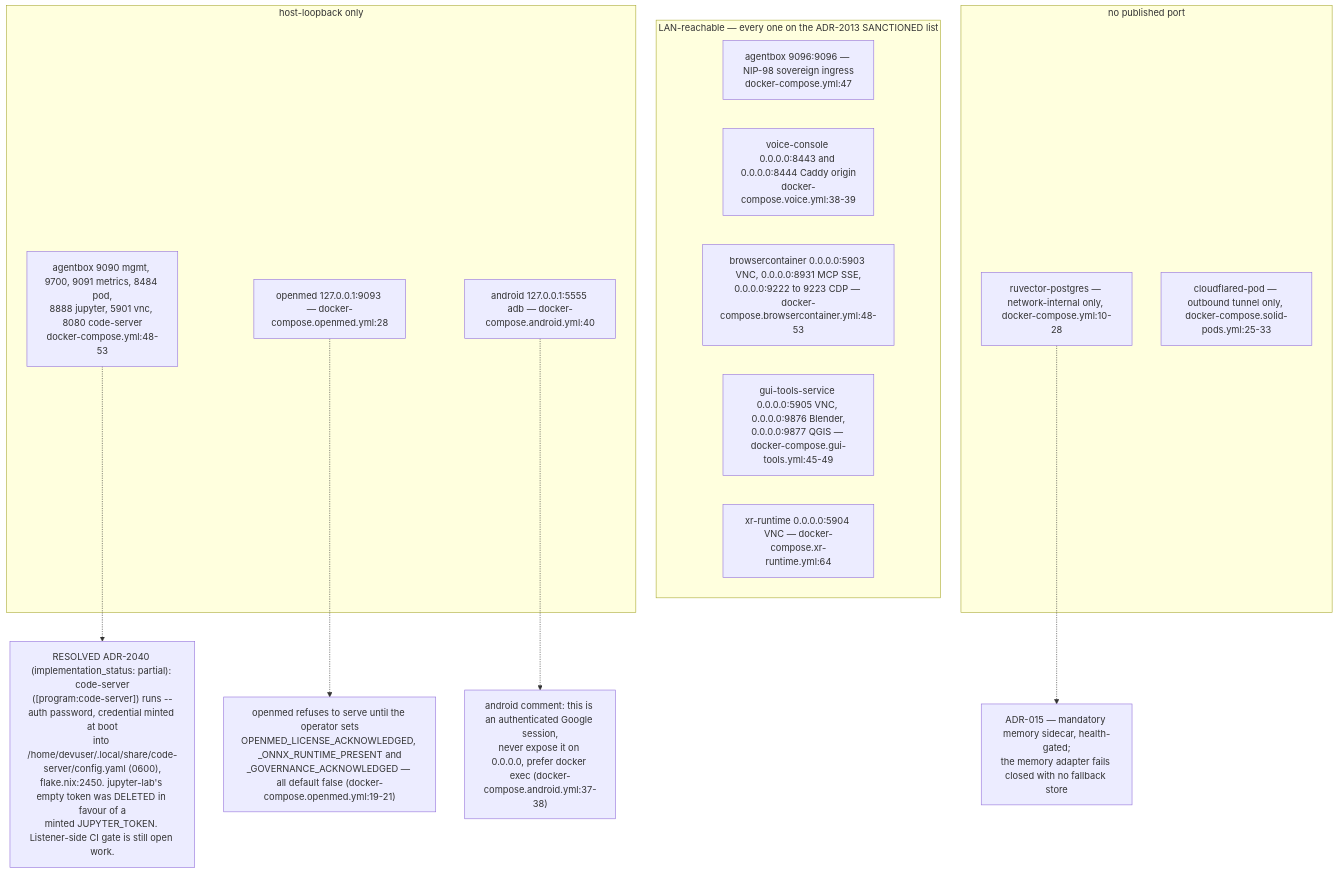
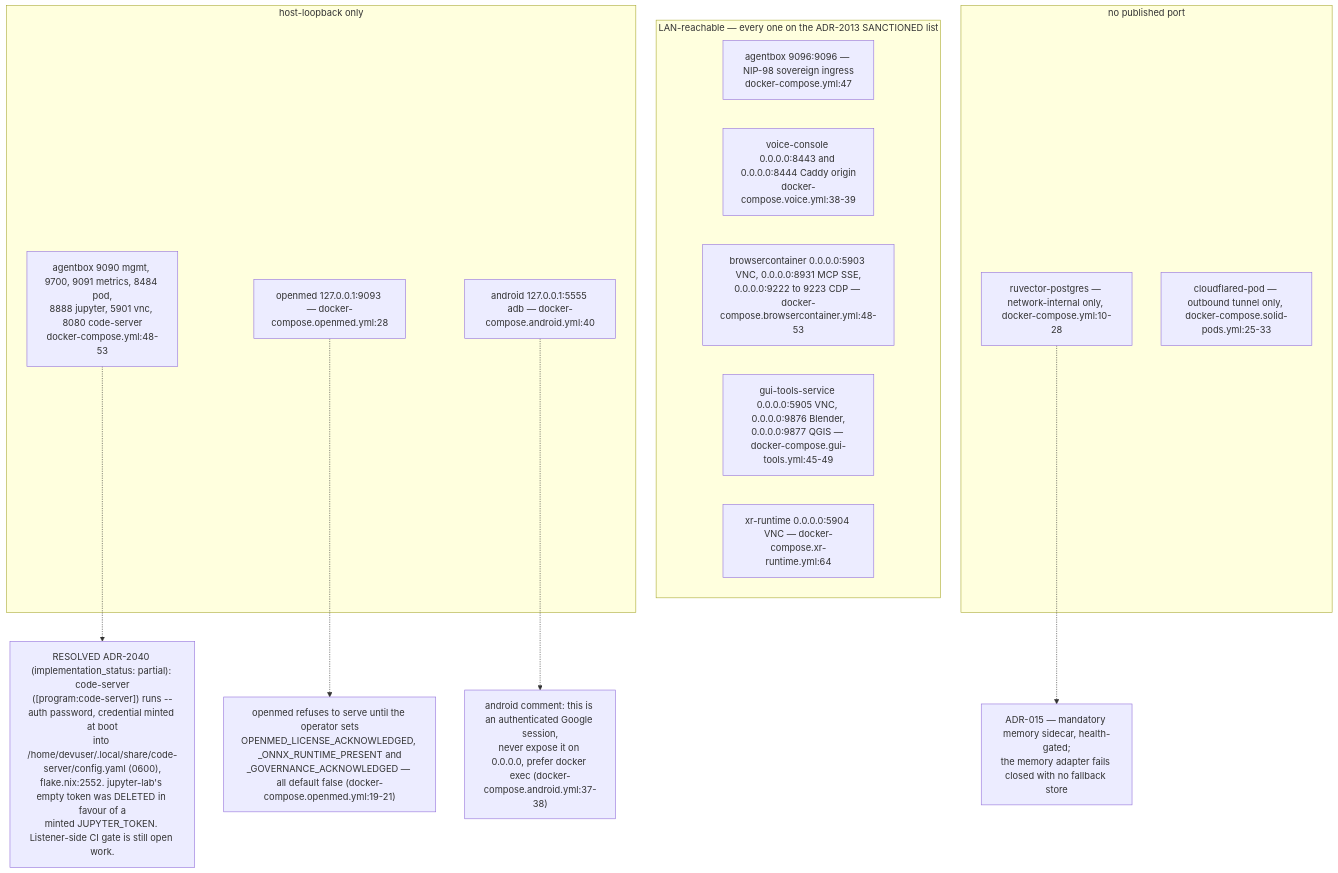
One commit to DreamLab-AI/VisionFlow changed the seventh of 13 diagrams in docs/diagrams/agentbox/06-sidecars-and-compose-overlays.md. Above: the diagram before and after it, drawn with Mermaid. The commit also changed other lines of this file and 14 other files, not shown here.

First line of the commit message:
docs(diagrams): custody role isolation — new AB-36, re-stamp 11 topics at the custody integration head

````diff
--- a/docs/diagrams/agentbox/06-sidecars-and-compose-overlays.md
+++ b/docs/diagrams/agentbox/06-sidecars-and-compose-overlays.md
@@ -209,23 +219,23 @@
 ```mermaid
 flowchart TB
     subgraph LANP["LAN-reachable — every one on the ADR-2013 SANCTIONED list"]
         P1["agentbox 9096:9096 — NIP-98 sovereign ingress<br/>docker-compose.yml:47"]
         P2["voice-console 0.0.0.0:8443 and 0.0.0.0:8444 Caddy origin<br/>docker-compose.voice.yml:38-39"]
         P3["browsercontainer 0.0.0.0:5903 VNC, 0.0.0.0:8931 MCP SSE,<br/>0.0.0.0:9222 to 9223 CDP — docker-compose.browsercontainer.yml:48-53"]
         P4["gui-tools-service 0.0.0.0:5905 VNC, 0.0.0.0:9876 Blender,<br/>0.0.0.0:9877 QGIS — docker-compose.gui-tools.yml:45-49"]
         P5["xr-runtime 0.0.0.0:5904 VNC — docker-compose.xr-runtime.yml:64"]
     end
     subgraph LOOP["host-loopback only"]
         Q1["agentbox 9090 mgmt, 9700, 9091 metrics, 8484 pod,<br/>8888 jupyter, 5901 vnc, 8080 code-server<br/>docker-compose.yml:48-53"]
         Q2["openmed 127.0.0.1:9093 — docker-compose.openmed.yml:28"]
         Q3["android 127.0.0.1:5555 adb — docker-compose.android.yml:40"]
     end
     subgraph NONE["no published port"]
         R1["ruvector-postgres — network-internal only, docker-compose.yml:10-28"]
         R2["cloudflared-pod — outbound tunnel only, docker-compose.solid-pods.yml:25-33"]
     end
     Q3 -.-> AND["android comment: this is an authenticated Google session,<br/>never expose it on 0.0.0.0, prefer docker exec (docker-compose.android.yml:37-38)"]
     Q2 -.-> OM["openmed refuses to serve until the operator sets<br/>OPENMED_LICENSE_ACKNOWLEDGED, _ONNX_RUNTIME_PRESENT and<br/>_GOVERNANCE_ACKNOWLEDGED — all default false (docker-compose.openmed.yml:19-21)"]
-    Q1 -.-> CSR["RESOLVED ADR-2040 (implementation_status: partial): code-server<br/>([program:code-server]) runs --auth password, credential minted at boot<br/>into /home/devuser/.local/share/code-server/config.yaml (0600),<br/>flake.nix:2450. jupyter-lab's empty token was DELETED in favour of a<br/>minted JUPYTER_TOKEN. Listener-side CI gate is still open work."]
+    Q1 -.-> CSR["RESOLVED ADR-2040 (implementation_status: partial): code-server<br/>([program:code-server]) runs --auth password, credential minted at boot<br/>into /home/devuser/.local/share/code-server/config.yaml (0600),<br/>flake.nix:2552. jupyter-lab's empty token was DELETED in favour of a<br/>minted JUPYTER_TOKEN. Listener-side CI gate is still open work."]
     R1 -.-> PGN["ADR-015 — mandatory memory sidecar, health-gated;<br/>the memory adapter fails closed with no fallback store"]
 ```
````
